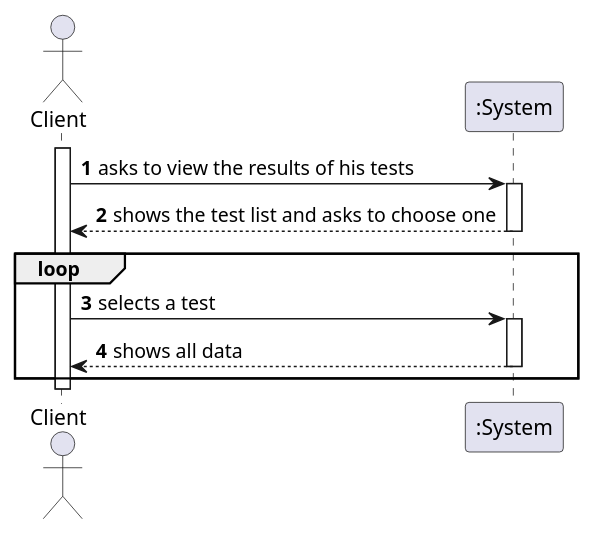
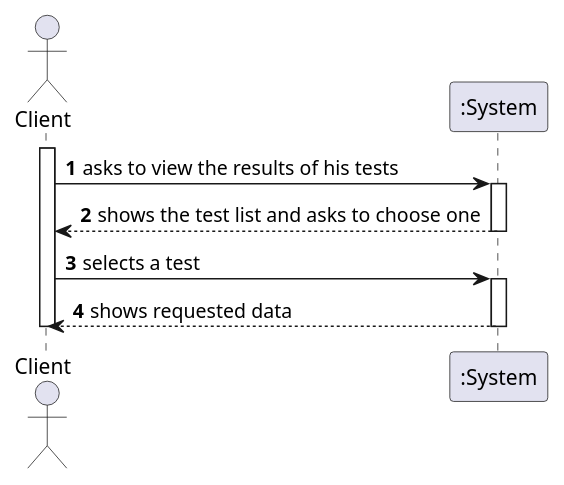
Before and after one commit to manu-07-ela/LAPR2_ISEP: the diagram in docs/SprintD/US1/US1_SSD.puml, drawn with PlantUML. The commit also changed 6 other files, not shown here.

```diff
--- a/docs/SprintD/US1/US1_SSD.puml
+++ b/docs/SprintD/US1/US1_SSD.puml
@@ -1,20 +1,18 @@
 @startuml
 autonumber
 actor "Client" as OE
 
 activate OE
 OE -> ":System" : asks to view the results of his tests
 activate ":System"
 ":System" --> OE : shows the test list and asks to choose one
 deactivate ":System"
 
-loop
 OE -> ":System" : selects a test
 activate ":System"
-":System" --> OE : shows all data
+":System" --> OE : shows requested data
 deactivate ":System"
-end
 
 deactivate OE
 
 @enduml
```
